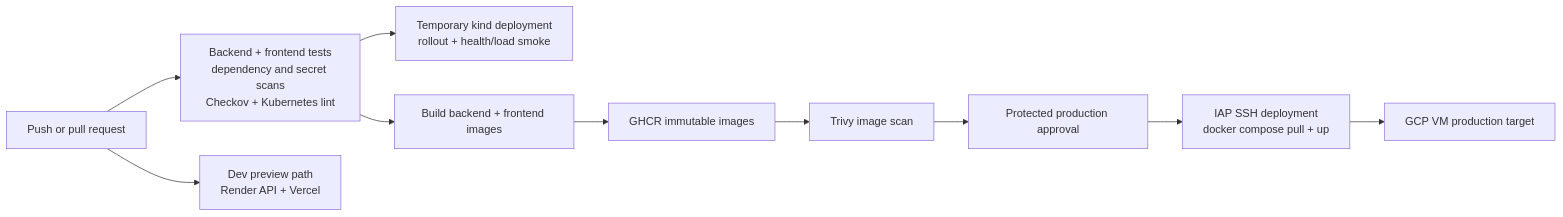
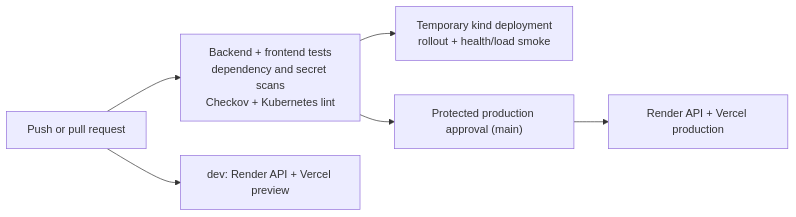
The third of 3 diagrams in docs/architecture.md (Ssaiyajin/careerops), drawn with Mermaid before and after one commit. The commit also changed other lines of this file and 8 other files, not shown here.

Commit message:
Use Render and Vercel for main deployment

````diff
--- a/docs/architecture.md
+++ b/docs/architecture.md
@@ -125,12 +120,8 @@
 ```mermaid
 flowchart LR
     Push["Push or pull request"] --> Checks["Backend + frontend tests<br/>dependency and secret scans<br/>Checkov + Kubernetes lint"]
     Checks --> Kind["Temporary kind deployment<br/>rollout + health/load smoke"]
-    Checks --> Build["Build backend + frontend images"]
-    Build --> GHCR["GHCR immutable images"]
-    GHCR --> Trivy["Trivy image scan"]
-    Trivy --> Approval["Protected production approval"]
-    Approval --> Deploy["IAP SSH deployment<br/>docker compose pull + up"]
-    Deploy --> VM["GCP VM production target"]
-    Push --> Dev["Dev preview path<br/>Render API + Vercel"]
+    Checks --> Approval["Protected production approval (main)"]
+    Approval --> Prod["Render API + Vercel production"]
+    Push --> Dev["dev: Render API + Vercel preview"]
 ```
````
